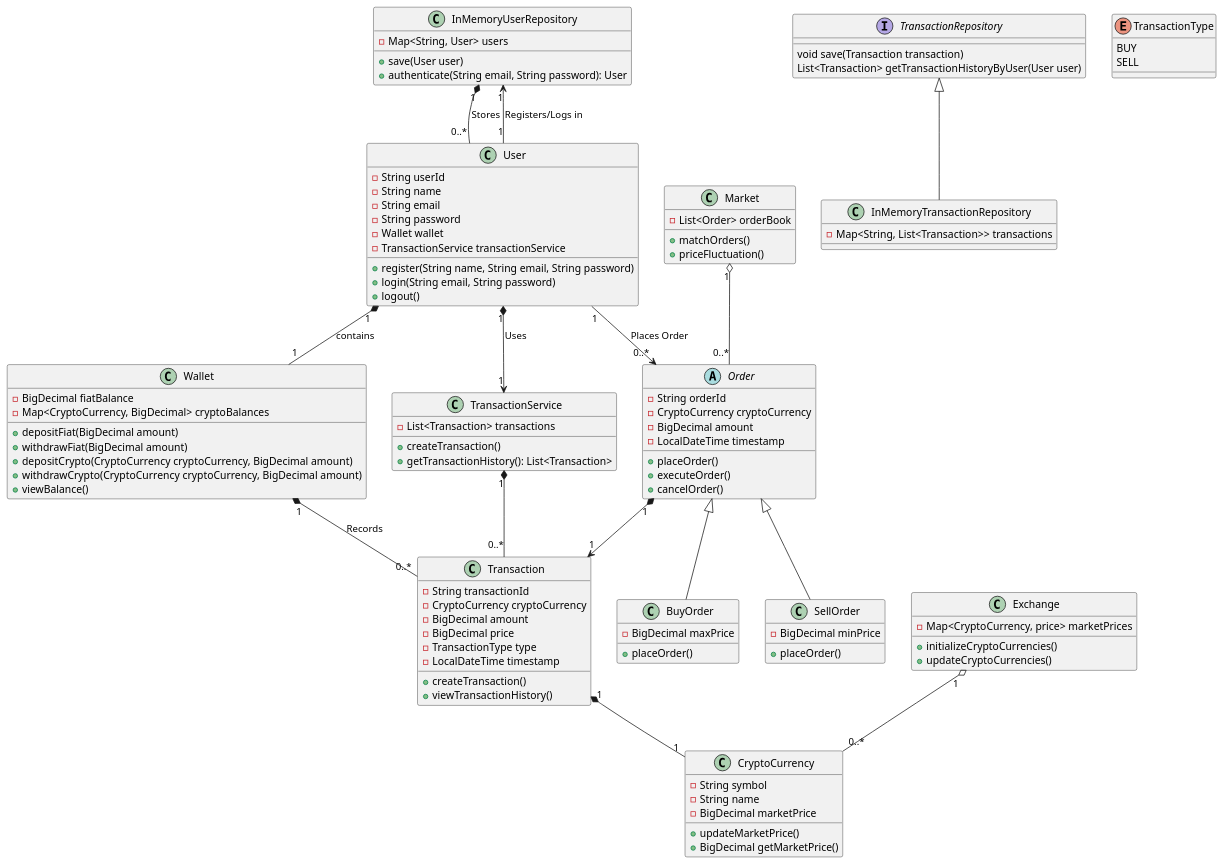
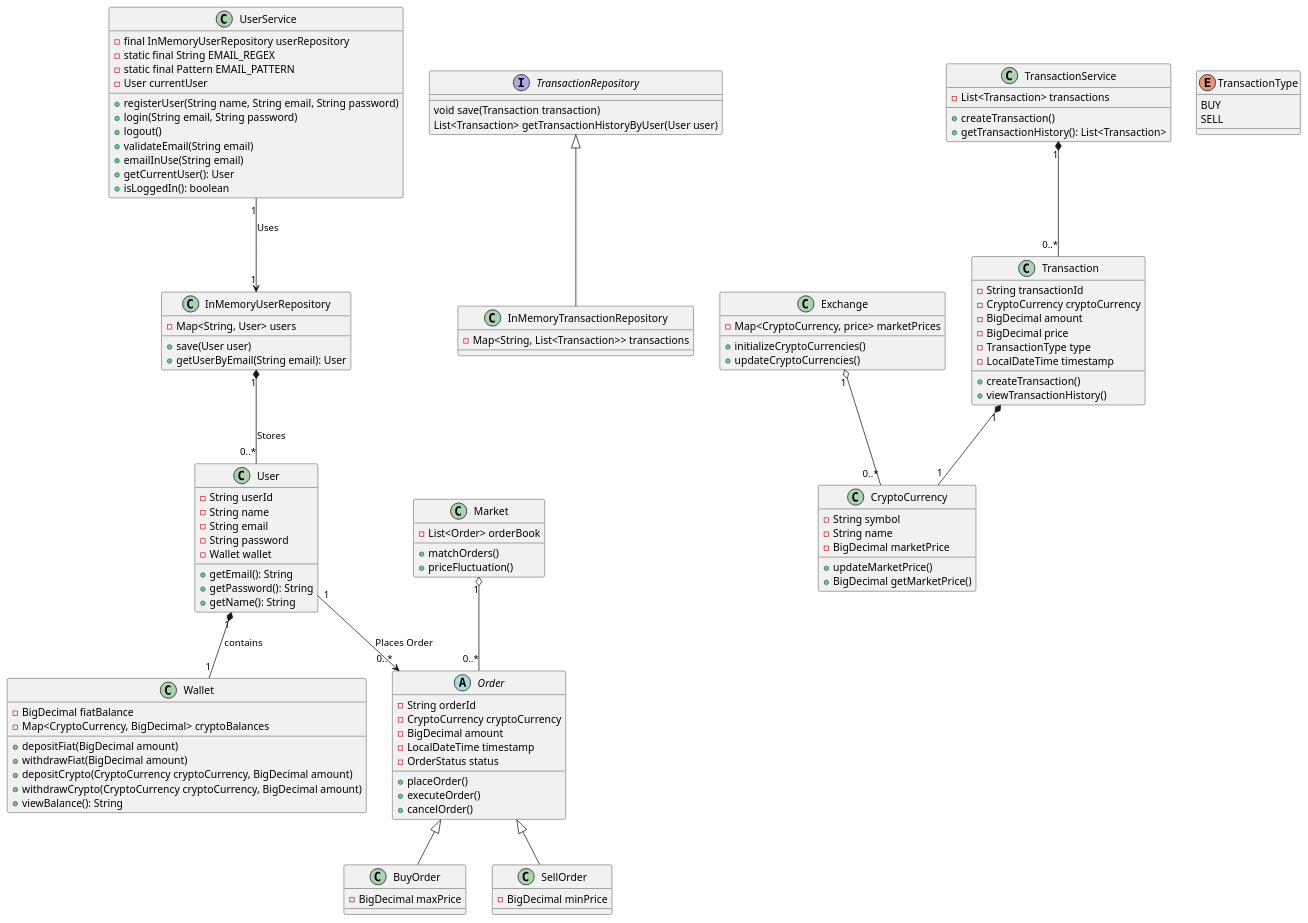
One commit to LeynderS/crypto_exchange_system changed the diagram in diagram/class_diagram.puml. Above: the diagram before and after it, drawn with PlantUML. The commit also changed 18 other files, not shown here.

Commit message:
Implement login, registration, and user operations controllers with validations. Tested and verified successful user registration, login, and logout functionalities.

```diff
--- a/diagram/class_diagram.puml
+++ b/diagram/class_diagram.puml
@@ -1,122 +1,134 @@
 @startuml
+
+class UserService{
+-final InMemoryUserRepository userRepository
+-static final String EMAIL_REGEX
+-static final Pattern EMAIL_PATTERN
+-User currentUser
++registerUser(String name, String email, String password)
++login(String email, String password)
++logout()
++validateEmail(String email)
++emailInUse(String email)
++getCurrentUser(): User
++isLoggedIn(): boolean
+}
 
 class InMemoryUserRepository {
   -Map<String, User> users
   +save(User user)
-  +authenticate(String email, String password): User
+  +getUserByEmail(String email): User
 }
 
 class User {
 -String userId
 -String name
 -String email
 -String password
 -Wallet wallet
--TransactionService transactionService
-+register(String name, String email, String password)
-+login(String email, String password)
-+logout()
++getEmail(): String
++getPassword(): String
++getName(): String
 }
 
 
 class Wallet {
 -BigDecimal fiatBalance
 -Map<CryptoCurrency, BigDecimal> cryptoBalances
 +depositFiat(BigDecimal amount)
 +withdrawFiat(BigDecimal amount)
 +depositCrypto(CryptoCurrency cryptoCurrency, BigDecimal amount)
 +withdrawCrypto(CryptoCurrency cryptoCurrency, BigDecimal amount)
-+viewBalance()
++viewBalance(): String
 }
+
+abstract class Order {
+-String orderId
+-CryptoCurrency cryptoCurrency
+-BigDecimal amount
+-LocalDateTime timestamp
+-OrderStatus status
++placeOrder()
++executeOrder()
++cancelOrder()
+}
+
+class BuyOrder {
+-BigDecimal maxPrice
+}
+
+class SellOrder{
+-BigDecimal minPrice
+}
+
 
 interface TransactionRepository {
 void save(Transaction transaction)
 List<Transaction> getTransactionHistoryByUser(User user)
 }
 
 class InMemoryTransactionRepository {
   -Map<String, List<Transaction>> transactions
 }
 
 class Transaction {
 -String transactionId
 -CryptoCurrency cryptoCurrency
 -BigDecimal amount
 -BigDecimal price
 -TransactionType type
 -LocalDateTime timestamp
 +createTransaction()
 +viewTransactionHistory()
 }
 
 class TransactionService {
   -List<Transaction> transactions
   +createTransaction()
   +getTransactionHistory(): List<Transaction>
 }
 
 
 class CryptoCurrency {
 -String symbol
 -String name
 -BigDecimal marketPrice
 +updateMarketPrice()
 +BigDecimal getMarketPrice()
 }
 
 
-
-abstract class Order {
--String orderId
--CryptoCurrency cryptoCurrency
--BigDecimal amount
--LocalDateTime timestamp
-+placeOrder()
-+executeOrder()
-+cancelOrder()
-}
-
-class BuyOrder {
--BigDecimal maxPrice
-+placeOrder()
-}
-
-class SellOrder{
--BigDecimal minPrice
-+placeOrder()
-}
-
 class Market{
 -List<Order> orderBook
 +matchOrders()
 +priceFluctuation()
 }
 
 class Exchange{
 -Map<CryptoCurrency, price> marketPrices
 +initializeCryptoCurrencies()
 +updateCryptoCurrencies()
 }
 
 
 enum TransactionType {
 BUY
 SELL
 }
 
+UserService "1" --> "1" InMemoryUserRepository : Uses
+InMemoryUserRepository "1" *-- "0..*" User : Stores
 User "1" *-- "1" Wallet : contains
+
 User "1" --> "0..*" Order : Places Order
+
 TransactionRepository <|-- InMemoryTransactionRepository
-User "1" *--> "1" TransactionService : Uses
-InMemoryUserRepository "1" *-- "0..*" User : Stores
-User "1" --> "1" InMemoryUserRepository : Registers/Logs in
+
 TransactionService "1" *-- "0..*" Transaction
 Transaction "1" *-- "1" CryptoCurrency
 Order <|-- BuyOrder
 Order <|-- SellOrder
-Order "1" *--> "1" Transaction
 Market "1" o-- "0..*" Order
 Exchange "1" o-- "0..*" CryptoCurrency
-Wallet "1" *-- "0..*" Transaction : Records
 
 @enduml
```
